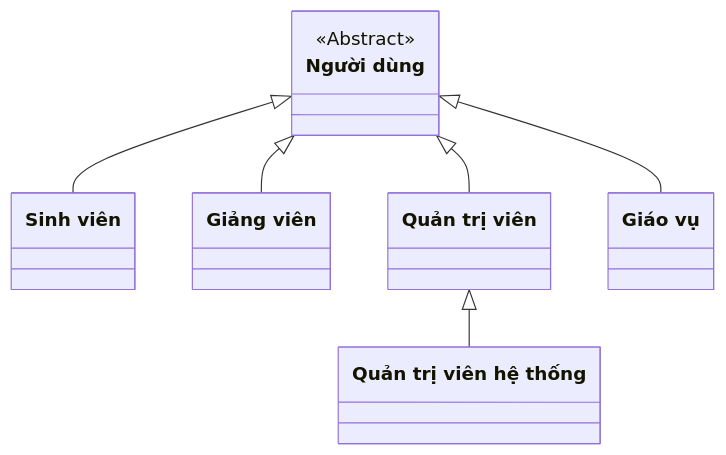
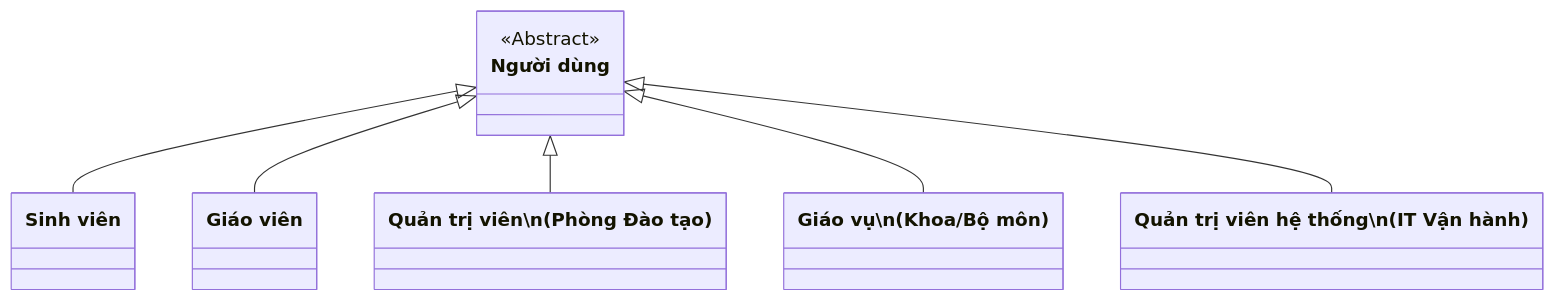
The first of 7 diagrams in docs/USE_CASE_DIAGRAMS.md (minhthuy70/ai-coding-tutor), drawn with Mermaid before and after one commit. The commit also changed other lines of this file and 6 other files, not shown here.

````diff
--- a/docs/USE_CASE_DIAGRAMS.md
+++ b/docs/USE_CASE_DIAGRAMS.md
@@ -11,17 +11,17 @@
 ```mermaid
 classDiagram
-    class User["Người dùng"] {
+    class NguoiDung["Người dùng"] {
         <<Abstract>>
     }
-    class Student["Sinh viên"]
-    class Teacher["Giảng viên"]
-    class Admin["Quản trị viên"]
-    class Staff["Giáo vụ"]
-    class SuperAdmin["Quản trị viên hệ thống"]
+    class SinhVien["Sinh viên"]
+    class GiaoVien["Giáo viên"]
+    class QuanTriVien["Quản trị viên\n(Phòng Đào tạo)"]
+    class GiaoVu["Giáo vụ\n(Khoa/Bộ môn)"]
+    class QuanTriVienHeThong["Quản trị viên hệ thống\n(IT Vận hành)"]
 
-    User <|-- Student
-    User <|-- Teacher
-    User <|-- Admin
-    User <|-- Staff
-    Admin <|-- SuperAdmin
+    NguoiDung <|-- SinhVien
+    NguoiDung <|-- GiaoVien
+    NguoiDung <|-- QuanTriVien
+    NguoiDung <|-- GiaoVu
+    NguoiDung <|-- QuanTriVienHeThong
 ```
````
